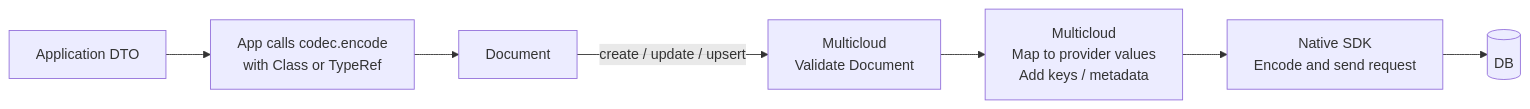
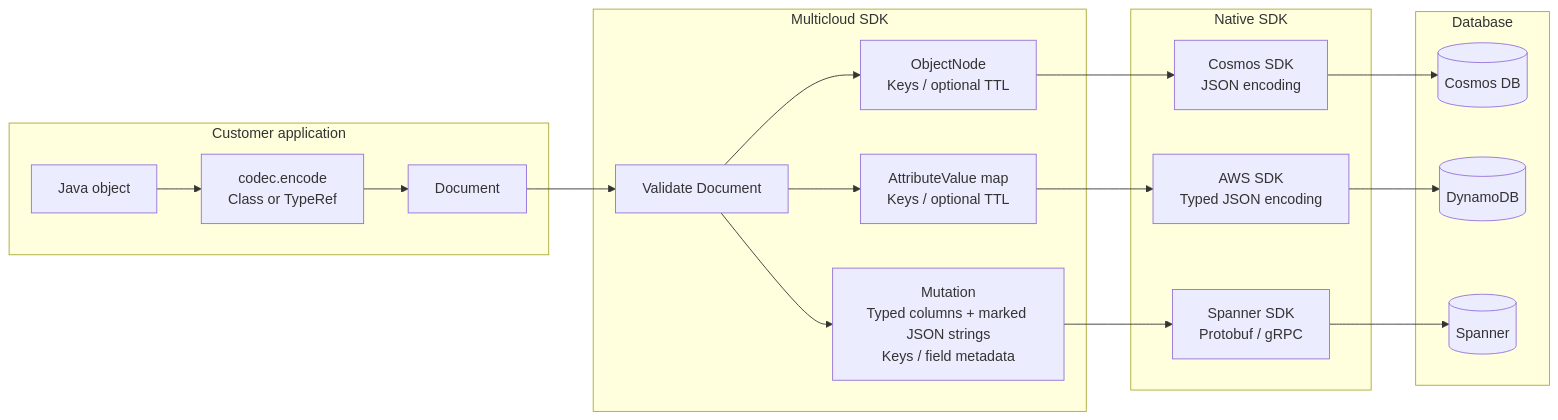
One commit to allenkim0129/multiclouddb-sdk-for-java changed the second of 5 diagrams in docs/design/serialization-pr1-foundation.md. Above: the diagram before and after it, drawn with Mermaid. The commit also changed other lines of this file, not shown here.

First line of the commit message:
docs: integrate foundation provider workflows

````diff
--- a/docs/design/serialization-pr1-foundation.md
+++ b/docs/design/serialization-pr1-foundation.md
@@ -61,9 +63,26 @@
 ```mermaid
 flowchart LR
-    A["Application DTO"] --> B["App calls codec.encode<br/>with Class or TypeRef"]
-    B --> C["Document"]
-    C -->|"create / update / upsert"| D["Multicloud<br/>Validate Document"]
-    D --> E["Multicloud<br/>Map to provider values<br/>Add keys / metadata"]
-    E --> F["Native SDK<br/>Encode and send request"]
-    F --> G[("DB")]
+    subgraph APP["Customer application"]
+        A["Java object"] --> B["codec.encode<br/>Class or TypeRef"]
+        B --> C["Document"]
+    end
+    subgraph MC["Multicloud SDK"]
+        W["Validate Document"] --> CW["ObjectNode<br/>Keys / optional TTL"]
+        W --> DW["AttributeValue map<br/>Keys / optional TTL"]
+        W --> SW["Mutation<br/>Typed columns + marked JSON strings<br/>Keys / field metadata"]
+    end
+    subgraph NATIVE["Native SDK"]
+        CN["Cosmos SDK<br/>JSON encoding"]
+        DN["AWS SDK<br/>Typed JSON encoding"]
+        SN["Spanner SDK<br/>Protobuf / gRPC"]
+    end
+    subgraph DB["Database"]
+        CDB[("Cosmos DB")]
+        DDB[("DynamoDB")]
+        SDB[("Spanner")]
+    end
+    C --> W
+    CW --> CN --> CDB
+    DW --> DN --> DDB
+    SW --> SN --> SDB
 ```
````
